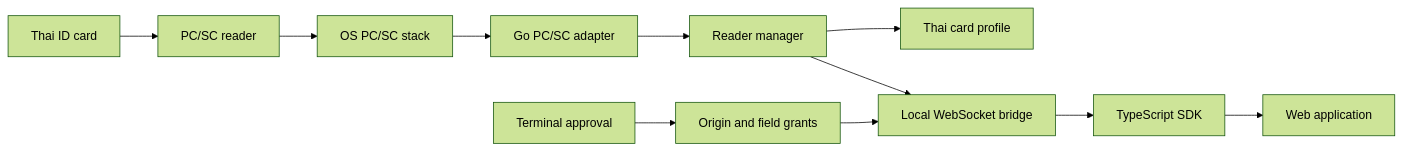
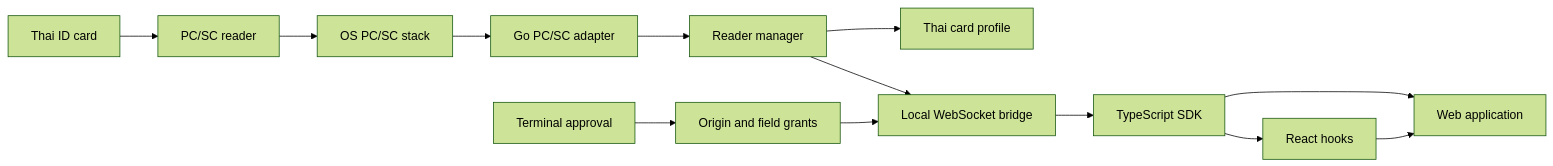
One commit to night-sornram/openthaiid changed the diagram in docs/architecture.md. Above: the diagram before and after it, drawn with Mermaid (forest theme). The commit also changed other lines of this file and 19 other files, not shown here.

First line of the commit message:
feat: React hooks package and extra textual field acceptance

````diff
--- a/docs/architecture.md
+++ b/docs/architecture.md
@@ -34,13 +34,15 @@
 ```mermaid
 flowchart LR
     Card[Thai ID card] --> Reader[PC/SC reader]
     Reader --> PCSC[OS PC/SC stack]
     PCSC --> Adapter[Go PC/SC adapter]
     Adapter --> Manager[Reader manager]
     Manager --> Profile[Thai card profile]
     Manager --> Bridge[Local WebSocket bridge]
     Approval[Terminal approval] --> Auth[Origin and field grants]
     Auth --> Bridge
     Bridge --> SDK[TypeScript SDK]
+    SDK --> ReactHooks[React hooks]
     SDK --> App[Web application]
+    ReactHooks --> App
 ```
````
